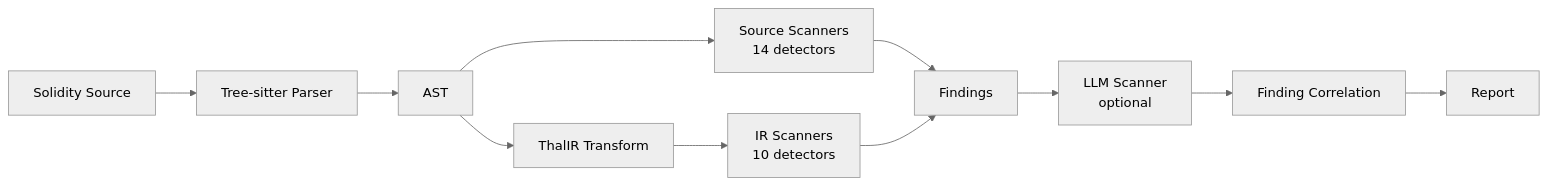
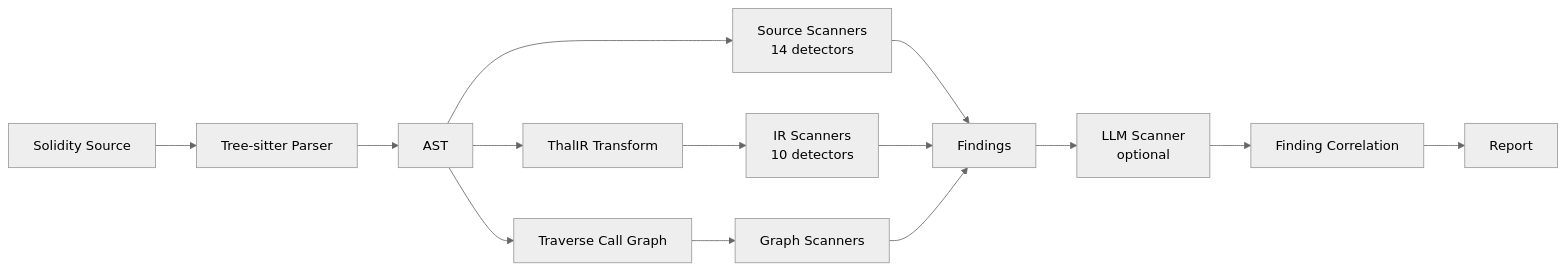
Before and after one commit to tameshi-dev/tameshi-docs: the diagram in docs/index.md, drawn with Mermaid (neutral theme). The commit also changed other lines of this file and 2 other files, not shown here.

Commit message:
Added Traverse CG as one of the representations

````diff
--- a/docs/index.md
+++ b/docs/index.md
@@ -61,13 +62,16 @@
 ```mermaid
 graph LR
     A[Solidity Source] --> B[Tree-sitter Parser]
     B --> C[AST]
     C --> D[Source Scanners<br/>14 detectors]
-    D --> E[Findings]
-    C --> F[ThalIR Transform]
-    F --> G[IR Scanners<br/>10 detectors]
-    G --> E
-    E --> H[LLM Scanner<br/>optional]
-    H --> I[Finding Correlation]
-    I --> J[Report]
+    D --> F[Findings]
+    C --> E[ThalIR Transform]
+    E --> G[IR Scanners<br/>10 detectors]
+    G --> F
+    C --> H[Traverse Call Graph]
+    H --> I[Graph Scanners]
+    I --> F
+    F --> J[LLM Scanner<br/>optional]
+    J --> K[Finding Correlation]
+    K --> L[Report]
 ```
````
